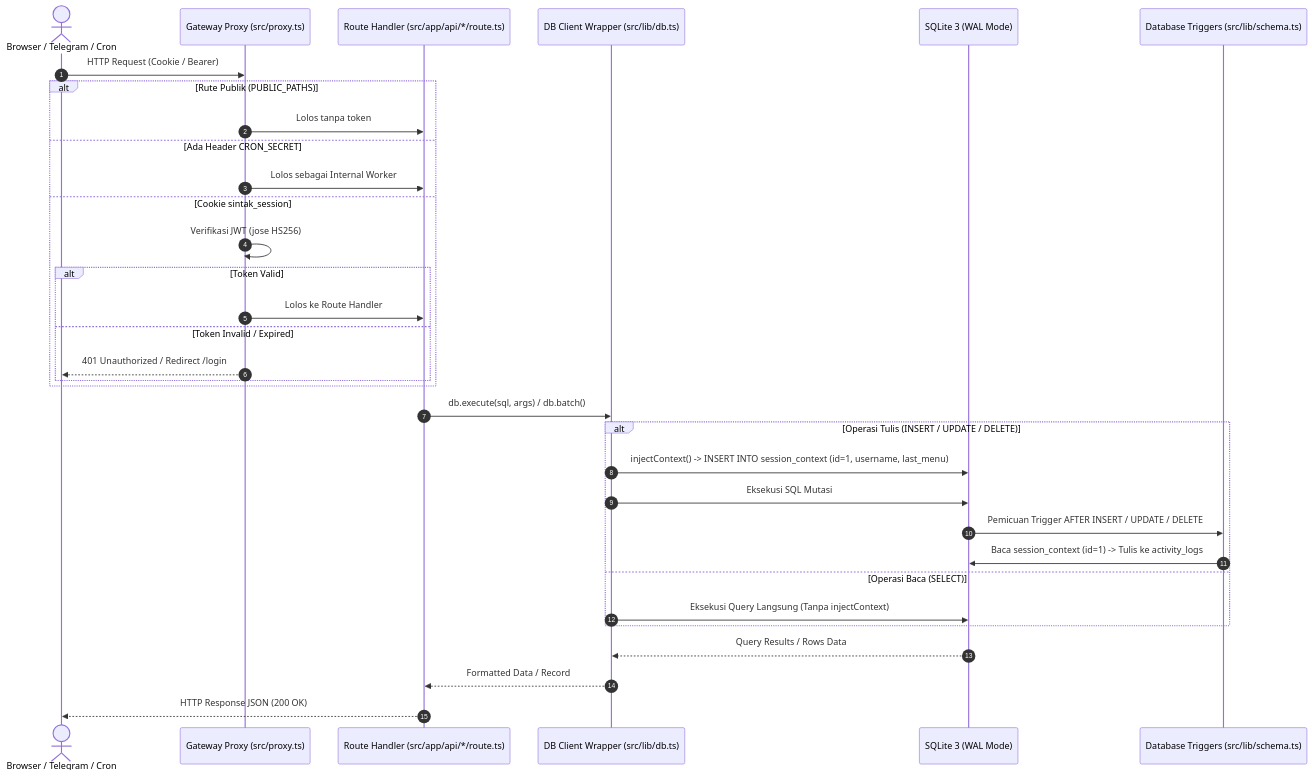
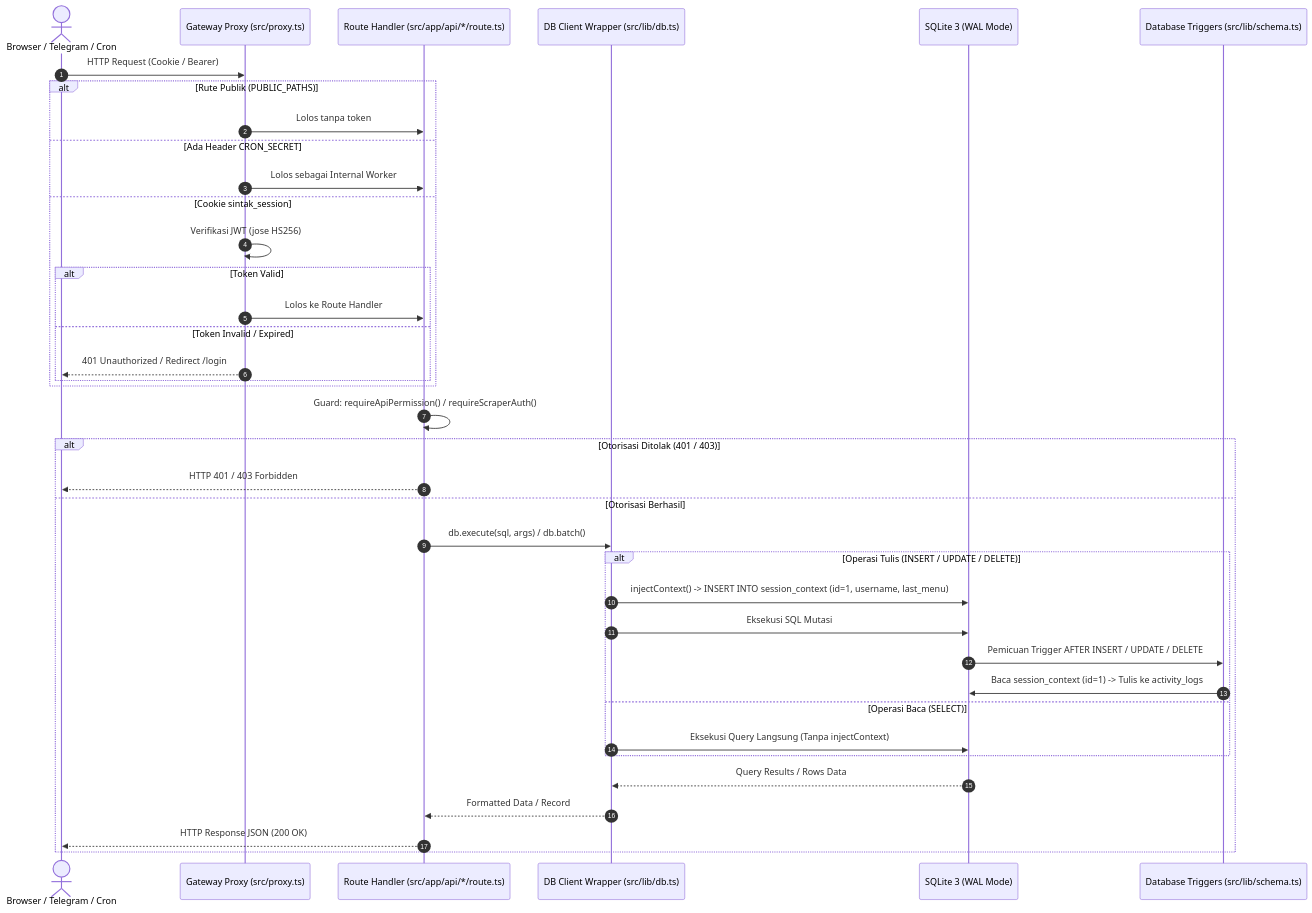
The first of 6 diagrams in docs/06-ALUR-DATABASE-DAN-API.md (nauval131922-2/sintak_pt_buya_barokah), drawn with Mermaid before and after one commit. The commit also changed other lines of this file and 5 other files, not shown here.

Commit message:
docs: sinkronisasi arsitektur, spesifikasi API guard, dan diagram operasional

````diff
--- a/docs/06-ALUR-DATABASE-DAN-API.md
+++ b/docs/06-ALUR-DATABASE-DAN-API.md
@@ -23,38 +23,43 @@
 ```mermaid
 sequenceDiagram
     autonumber
     actor Client as Browser / Telegram / Cron
     participant Proxy as Gateway Proxy (src/proxy.ts)
     participant Route as Route Handler (src/app/api/*/route.ts)
     participant DB as DB Client Wrapper (src/lib/db.ts)
     participant SQLite as SQLite 3 (WAL Mode)
     participant Trg as Database Triggers (src/lib/schema.ts)
 
     Client->>Proxy: HTTP Request (Cookie / Bearer)
     
     alt Rute Publik (PUBLIC_PATHS)
         Proxy->>Route: Lolos tanpa token
     else Ada Header CRON_SECRET
         Proxy->>Route: Lolos sebagai Internal Worker
     else Cookie sintak_session
         Proxy->>Proxy: Verifikasi JWT (jose HS256)
         alt Token Valid
             Proxy->>Route: Lolos ke Route Handler
         else Token Invalid / Expired
             Proxy-->>Client: 401 Unauthorized / Redirect /login
         end
     end
 
-    Route->>DB: db.execute(sql, args) / db.batch()
+    Route->>Route: Guard: requireApiPermission() / requireScraperAuth()
+    alt Otorisasi Ditolak (401 / 403)
+        Route-->>Client: HTTP 401 / 403 Forbidden
+    else Otorisasi Berhasil
+        Route->>DB: db.execute(sql, args) / db.batch()
     alt Operasi Tulis (INSERT / UPDATE / DELETE)
         DB->>SQLite: injectContext() -> INSERT INTO session_context (id=1, username, last_menu)
         DB->>SQLite: Eksekusi SQL Mutasi
         SQLite->>Trg: Pemicuan Trigger AFTER INSERT / UPDATE / DELETE
         Trg->>SQLite: Baca session_context (id=1) -> Tulis ke activity_logs
     else Operasi Baca (SELECT)
         DB->>SQLite: Eksekusi Query Langsung (Tanpa injectContext)
     end
     SQLite-->>DB: Query Results / Rows Data
     DB-->>Route: Formatted Data / Record
     Route-->>Client: HTTP Response JSON (200 OK)
+    end
 ```
````
